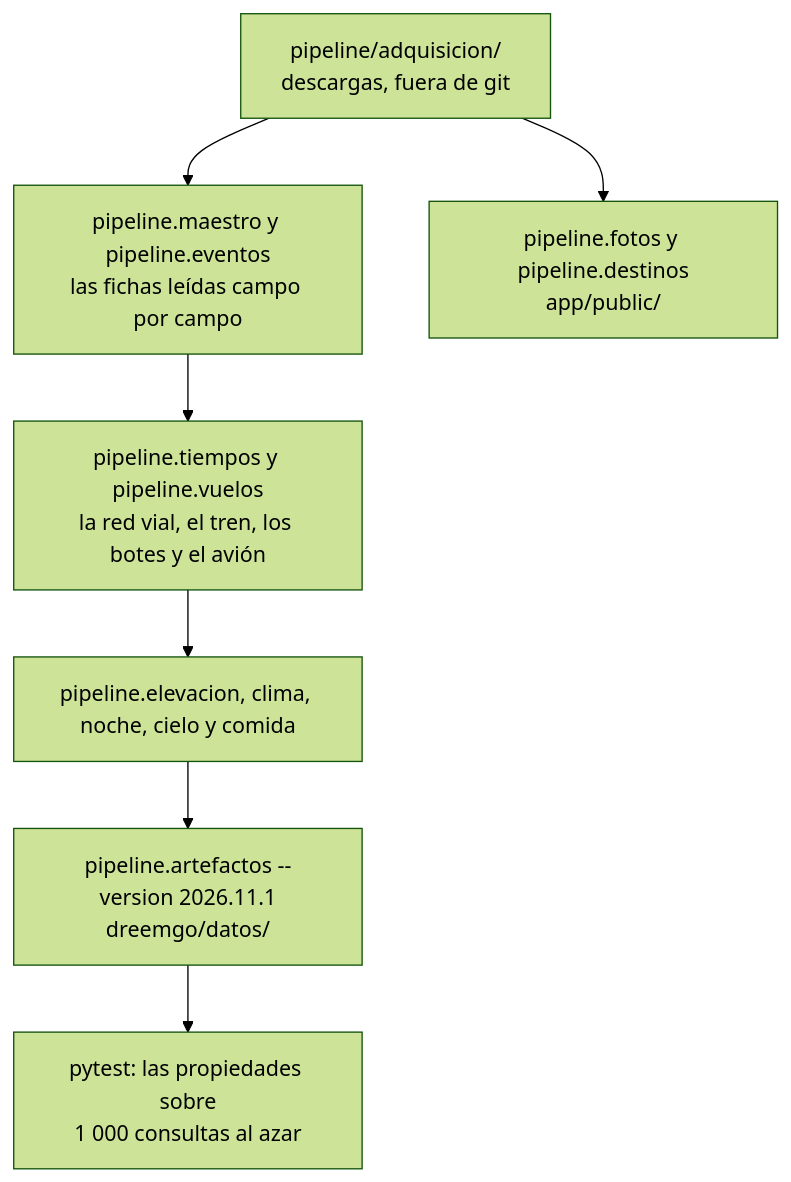
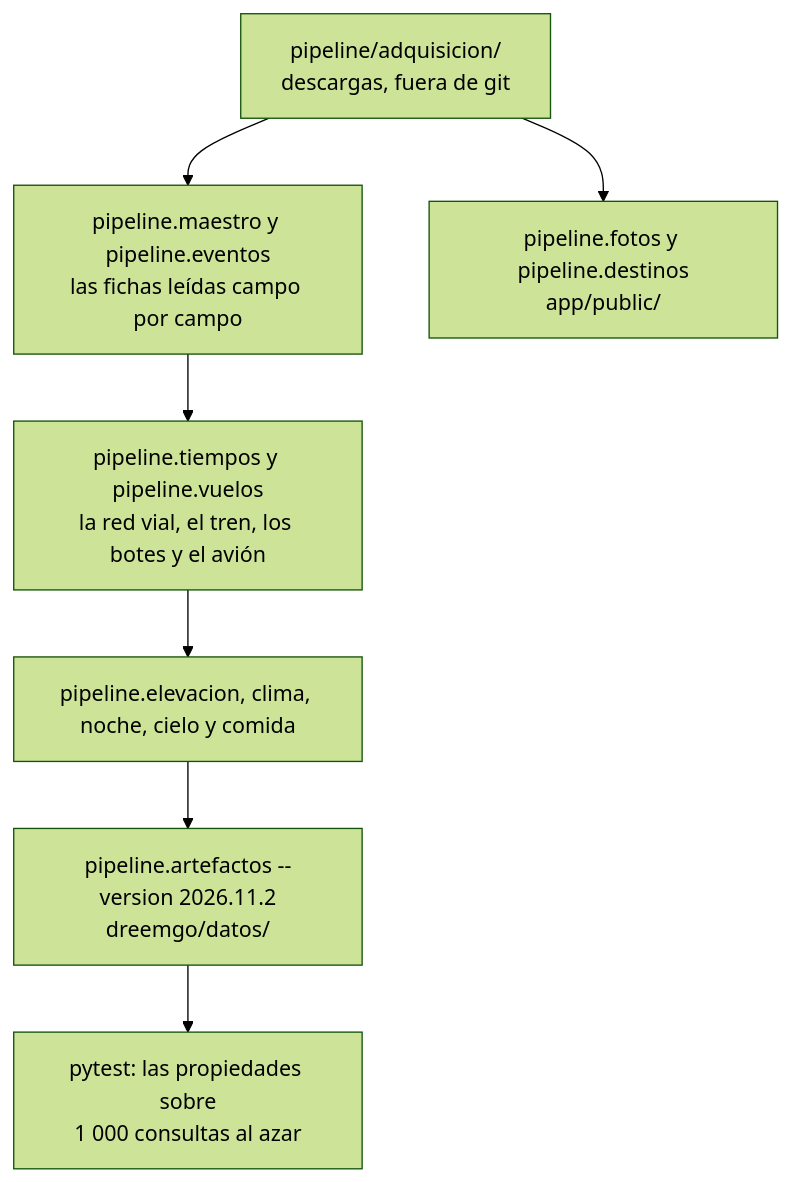
The third of 4 diagrams in docs/ARQUITECTURA.md (oswaldoaqm/Alejandros-Team), drawn with Mermaid (forest theme) before and after one commit. The commit also changed other lines of this file and 14 other files, not shown here.

````diff
--- a/docs/ARQUITECTURA.md
+++ b/docs/ARQUITECTURA.md
@@ -98,9 +98,9 @@
 ```mermaid
 flowchart TD
     a["pipeline/adquisicion/<br/>descargas, fuera de git"] --> b["pipeline.maestro y pipeline.eventos<br/>las fichas leídas campo por campo"]
     b --> c["pipeline.tiempos y pipeline.vuelos<br/>la red vial, el tren, los botes y el avión"]
     c --> d["pipeline.elevacion, clima, noche, cielo y comida"]
-    d --> e["pipeline.artefactos --version 2026.11.1<br/>dreemgo/datos/"]
+    d --> e["pipeline.artefactos --version 2026.11.2<br/>dreemgo/datos/"]
     e --> f["pytest: las propiedades sobre<br/>1 000 consultas al azar"]
     a --> g["pipeline.fotos y pipeline.destinos<br/>app/public/"]
 ```
````
